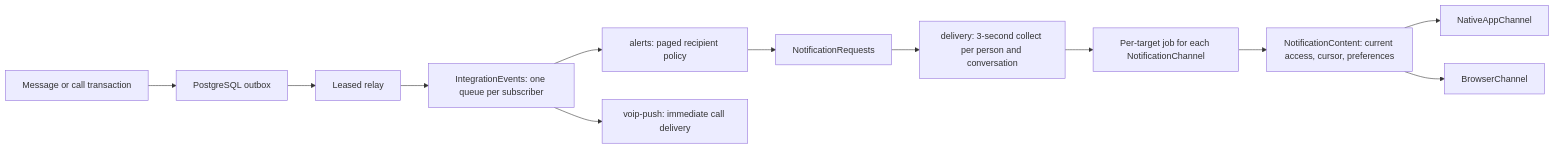
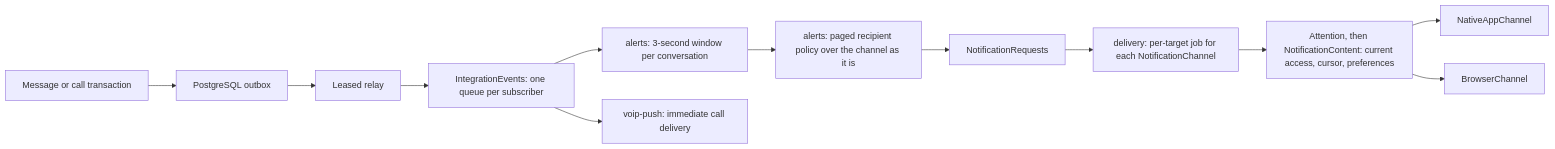
The diagram in docs/push-notifications.md (AP-Education/ap-chats), drawn with Mermaid before and after one commit. The commit also changed other lines of this file and 1 other file, not shown here.

Commit message:
docs(push): describe conversation windows, attention and target routing

````diff
--- a/docs/push-notifications.md
+++ b/docs/push-notifications.md
@@ -9,14 +9,14 @@
 ```mermaid
 flowchart LR
   Transaction[Message or call transaction] --> Outbox[PostgreSQL outbox]
   Outbox --> Relay[Leased relay]
   Relay --> Events[IntegrationEvents: one queue per subscriber]
-  Events --> Audience[alerts: paged recipient policy]
+  Events --> Window[alerts: 3-second window per conversation]
+  Window --> Audience[alerts: paged recipient policy over the channel as it is]
   Audience --> Requests[NotificationRequests]
-  Requests --> Collect[delivery: 3-second collect per person and conversation]
-  Collect --> Intent[Per-target job for each NotificationChannel]
-  Intent --> Verify[NotificationContent: current access, cursor, preferences]
+  Requests --> Intent[delivery: per-target job for each NotificationChannel]
+  Intent --> Verify[Attention, then NotificationContent: current access, cursor, preferences]
   Verify --> Expo[NativeAppChannel]
   Verify --> Web[BrowserChannel]
   Events --> Call[voip-push: immediate call delivery]
 ```
````
